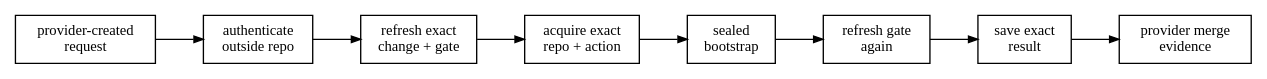
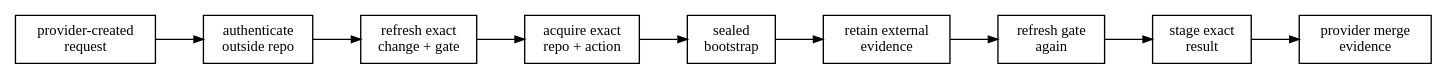
The diagram in docs/src/provider-controls.md (HardMax71/amiss), drawn with Graphviz before and after one commit. The commit also changed other lines of this file and 26 other files, not shown here.

````diff
--- a/docs/src/provider-controls.md
+++ b/docs/src/provider-controls.md
@@ -37,16 +37,17 @@
 ```dot process
 digraph provider_controls {
   rankdir = LR;
   node [shape = box, fontname = "Latin Modern, Georgia, serif", fontsize = 11];
   edge [arrowsize = 0.7, fontname = "Latin Modern, Georgia, serif", fontsize = 10];
   source [label = "provider-created\nrequest"];
   auth   [label = "authenticate\noutside repo"];
   first  [label = "refresh exact\nchange + gate"];
   fetch  [label = "acquire exact\nrepo + action"];
   boot   [label = "sealed\nbootstrap"];
+  assess [label = "retain external\nevidence"];
   final  [label = "refresh gate\nagain"];
-  save   [label = "save exact\nresult"];
+  save   [label = "stage exact\nresult"];
   proof  [label = "provider merge\nevidence"];
-  source -> auth -> first -> fetch -> boot -> final -> save -> proof;
+  source -> auth -> first -> fetch -> boot -> assess -> final -> save -> proof;
 }
 ```
````
